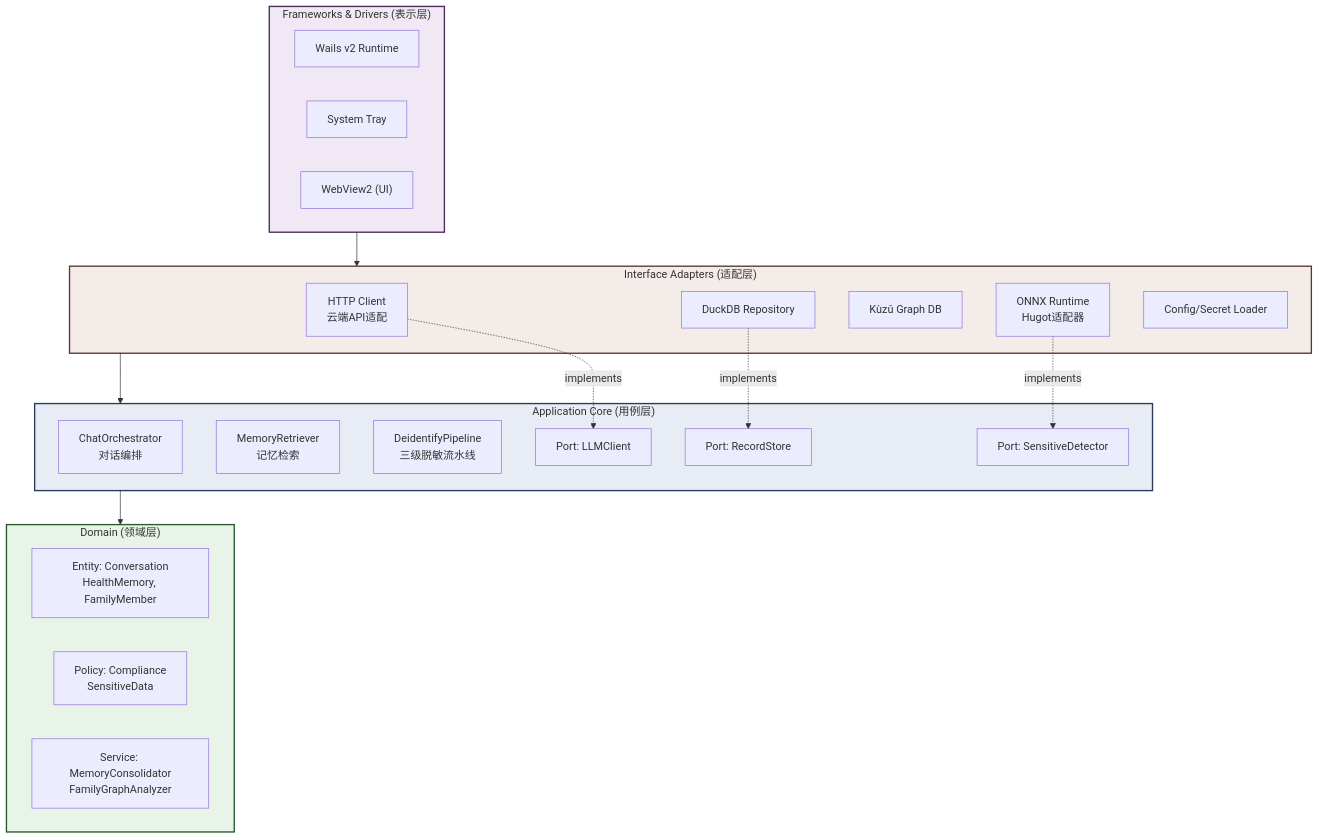
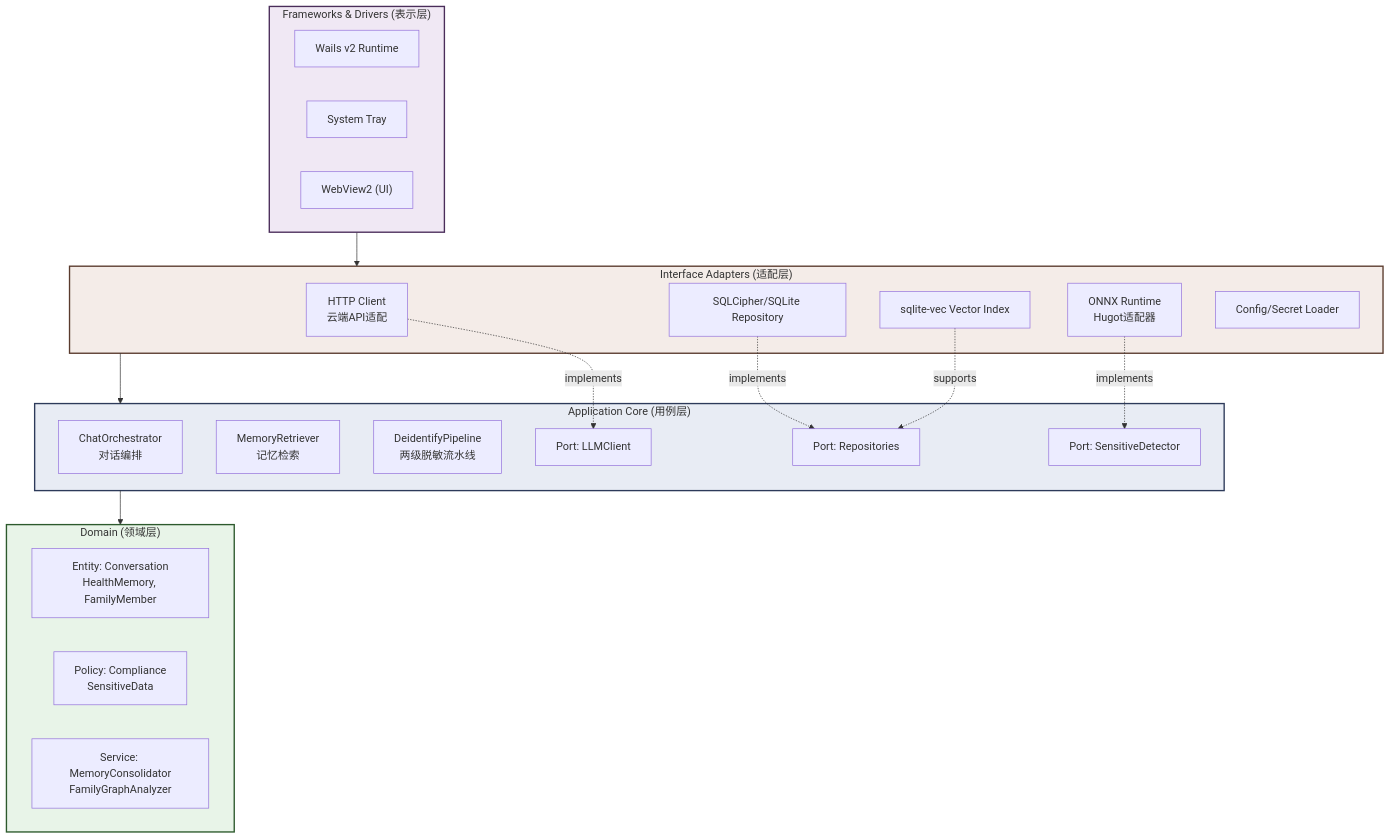
One commit to hzhan516/medmemo changed the diagram in docs/i18n/zh-Hans-CN/ARCHITECTURE.md. Above: the diagram before and after it, drawn with Mermaid. The commit also changed other lines of this file and 79 other files, not shown here.

Commit message:
docs: align documentation with current architecture

````diff
--- a/docs/i18n/zh-Hans-CN/ARCHITECTURE.md
+++ b/docs/i18n/zh-Hans-CN/ARCHITECTURE.md
@@ -11,44 +11,45 @@
 ```mermaid
 flowchart TB
     subgraph FW["Frameworks & Drivers (表示层)"]
         WAILS["Wails v2 Runtime"]
         TRAY["System Tray"]
         WEBVIEW["WebView2 (UI)"]
     end
 
     subgraph ADPT["Interface Adapters (适配层)"]
         HTTP["HTTP Client<br/>云端API适配"]
-        DUCK["DuckDB Repository"]
-        KUZU["Kùzǔ Graph DB"]
+        SQL["SQLCipher/SQLite Repository"]
+        VEC["sqlite-vec Vector Index"]
         ONNX["ONNX Runtime<br/>Hugot适配器"]
         CFG["Config/Secret Loader"]
     end
 
     subgraph APP["Application Core (用例层)"]
         UC_CHAT["ChatOrchestrator<br/>对话编排"]
         UC_MEM["MemoryRetriever<br/>记忆检索"]
-        PIPE["DeidentifyPipeline<br/>三级脱敏流水线"]
+        PIPE["DeidentifyPipeline<br/>两级脱敏流水线"]
         PORT_LLM["Port: LLMClient"]
-        PORT_DB["Port: RecordStore"]
+        PORT_DB["Port: Repositories"]
         PORT_DET["Port: SensitiveDetector"]
     end
 
     subgraph DOM["Domain (领域层)"]
         ENT["Entity: Conversation<br/>HealthMemory, FamilyMember"]
         POLICY["Policy: Compliance<br/>SensitiveData"]
         SVC["Service: MemoryConsolidator<br/>FamilyGraphAnalyzer"]
     end
 
     FW --> ADPT
     ADPT --> APP
     APP --> DOM
 
     HTTP -. implements .-> PORT_LLM
-    DUCK -. implements .-> PORT_DB
+    SQL -. implements .-> PORT_DB
+    VEC -. supports .-> PORT_DB
     ONNX -. implements .-> PORT_DET
 
     style DOM fill:#e8f4e8,stroke:#2d5a2d,stroke-width:2px
     style APP fill:#e8ecf4,stroke:#2d3a5a,stroke-width:2px
     style ADPT fill:#f4ece8,stroke:#5a3a2d,stroke-width:2px
     style FW fill:#f0e8f4,stroke:#4a2d5a,stroke-width:2px
 ```
````
